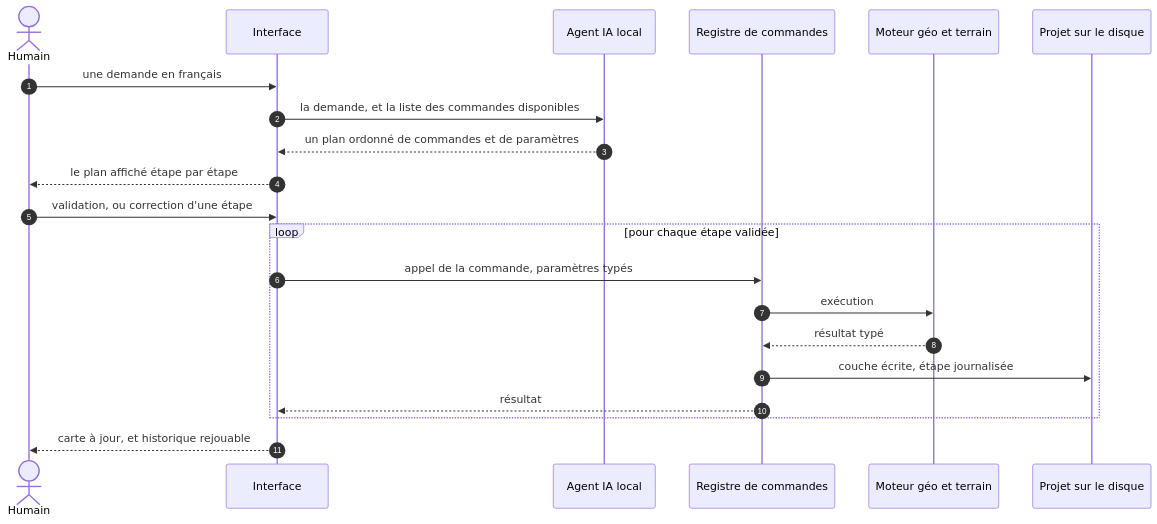
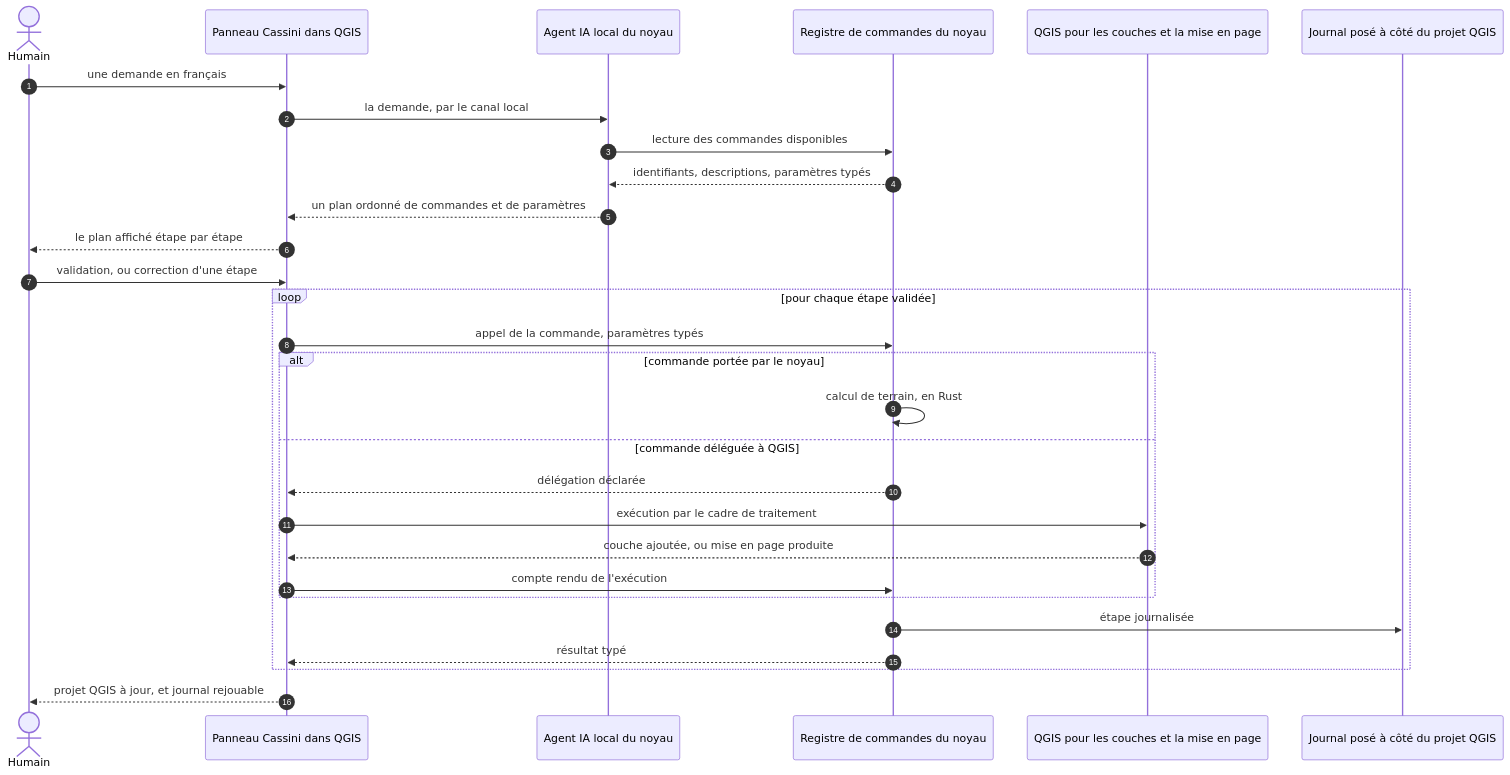
Before and after one commit to Kevzi/cassini-gis: the second of 3 diagrams in README.md, drawn with Mermaid. The commit also changed other lines of this file and 2 other files, not shown here.

````diff
--- a/README.md
+++ b/README.md
@@ -151,24 +179,32 @@
 ```mermaid
 sequenceDiagram
     autonumber
     actor Humain
-    participant Interface
-    participant Agent as Agent IA local
-    participant Registre as Registre de commandes
-    participant Moteur as Moteur géo et terrain
-    participant Projet as Projet sur le disque
+    participant Panneau as Panneau Cassini dans QGIS
+    participant Agent as Agent IA local du noyau
+    participant Registre as Registre de commandes du noyau
+    participant QGIS as QGIS pour les couches et la mise en page
+    participant Journal as Journal posé à côté du projet QGIS
 
-    Humain->>Interface: une demande en français
-    Interface->>Agent: la demande, et la liste des commandes disponibles
-    Agent-->>Interface: un plan ordonné de commandes et de paramètres
-    Interface-->>Humain: le plan affiché étape par étape
-    Humain->>Interface: validation, ou correction d'une étape
+    Humain->>Panneau: une demande en français
+    Panneau->>Agent: la demande, par le canal local
+    Agent->>Registre: lecture des commandes disponibles
+    Registre-->>Agent: identifiants, descriptions, paramètres typés
+    Agent-->>Panneau: un plan ordonné de commandes et de paramètres
+    Panneau-->>Humain: le plan affiché étape par étape
+    Humain->>Panneau: validation, ou correction d'une étape
     loop pour chaque étape validée
-        Interface->>Registre: appel de la commande, paramètres typés
-        Registre->>Moteur: exécution
-        Moteur-->>Registre: résultat typé
-        Registre->>Projet: couche écrite, étape journalisée
-        Registre-->>Interface: résultat
+        Panneau->>Registre: appel de la commande, paramètres typés
+        alt commande portée par le noyau
+            Registre->>Registre: calcul de terrain, en Rust
+        else commande déléguée à QGIS
+            Registre-->>Panneau: délégation déclarée
+            Panneau->>QGIS: exécution par le cadre de traitement
+            QGIS-->>Panneau: couche ajoutée, ou mise en page produite
+            Panneau->>Registre: compte rendu de l'exécution
+        end
+        Registre->>Journal: étape journalisée
+        Registre-->>Panneau: résultat typé
     end
-    Interface-->>Humain: carte à jour, et historique rejouable
+    Panneau-->>Humain: projet QGIS à jour, et journal rejouable
 ```
````
